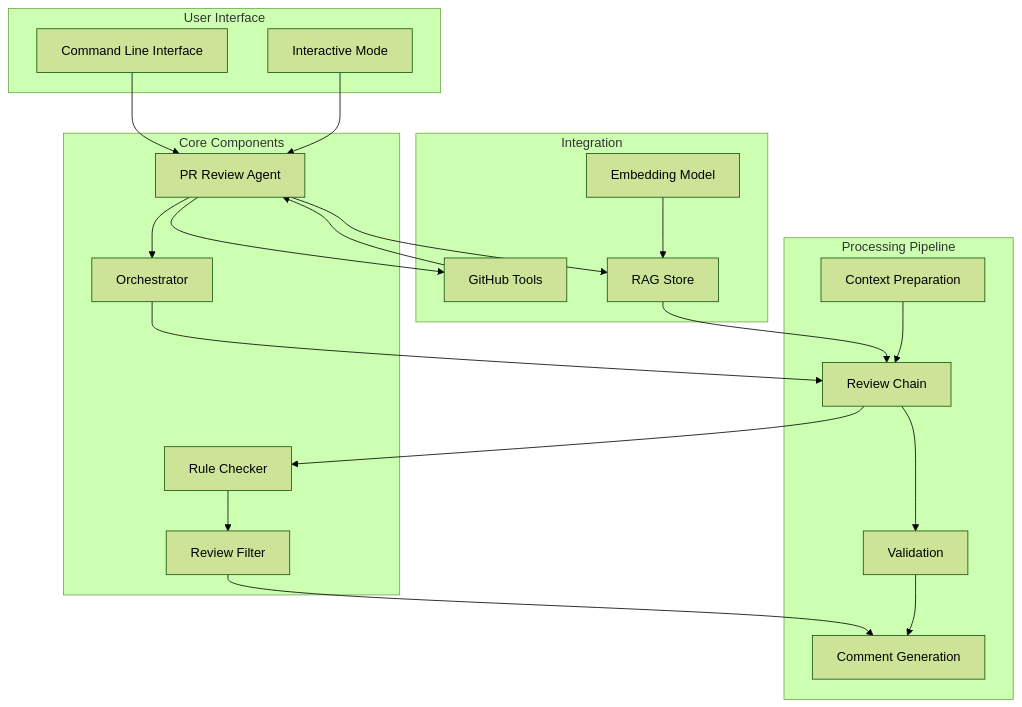
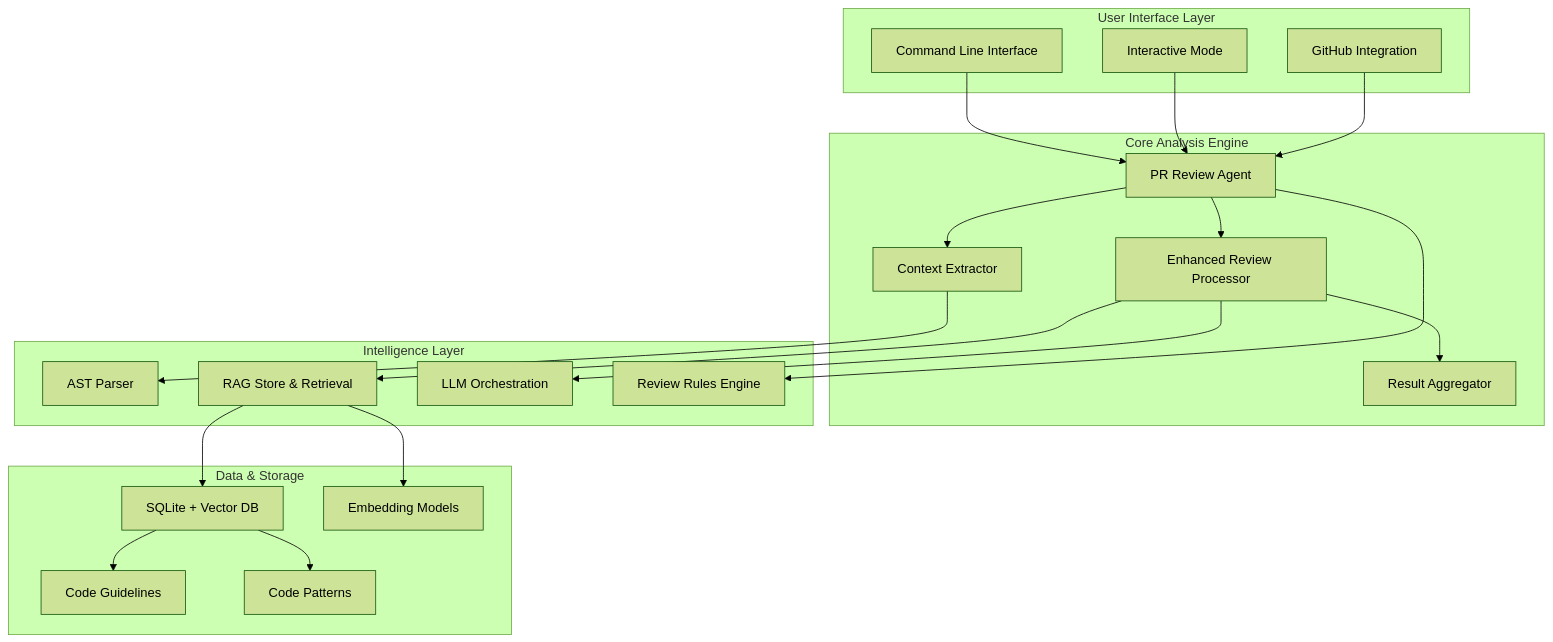
One commit to XiaoConstantine/maestro changed the diagram in README.md. Above: the diagram before and after it, drawn with Mermaid (forest theme). The commit also changed other lines of this file and 8 other files, not shown here.

````diff
--- a/README.md
+++ b/README.md
@@ -11,46 +8,47 @@
 ```mermaid
-graph TD
-    subgraph User Interface
+graph TB
+    subgraph "User Interface Layer"
         CLI[Command Line Interface]
-        Interactive[Interactive Mode]
+        Interactive[Interactive Mode] 
+        GitHub[GitHub Integration]
     end
 
-    subgraph Core Components
+    subgraph "Core Analysis Engine"
         Agent[PR Review Agent]
-        Orchestra[Orchestrator]
-        RuleChecker[Rule Checker]
-        ReviewFilter[Review Filter]
+        Context[Context Extractor]
+        Processor[Enhanced Review Processor]
+        Aggregator[Result Aggregator]
     end
 
-    subgraph Integration
-        GitHub[GitHub Tools]
-        RAG[RAG Store]
-        Embedding[Embedding Model]
+    subgraph "Intelligence Layer"
+        AST[AST Parser]
+        RAG[RAG Store & Retrieval]
+        LLM[LLM Orchestration]
+        Rules[Review Rules Engine]
     end
 
-    subgraph Processing Pipeline
-        Context[Context Preparation]
-        Chain[Review Chain]
-        Validation[Validation]
-        Generation[Comment Generation]
+    subgraph "Data & Storage"
+        Vector[SQLite + Vector DB]
+        Embedding[Embedding Models]
+        Guidelines[Code Guidelines]
+        Patterns[Code Patterns]
     end
 
     CLI --> Agent
     Interactive --> Agent
-    Agent --> Orchestra
-    Orchestra --> Chain
-    Chain --> RuleChecker
-    RuleChecker --> ReviewFilter
-    ReviewFilter --> Generation
-    
-    Agent --> GitHub
     GitHub --> Agent
     
-    Agent --> RAG
-    RAG --> Chain
-    Embedding --> RAG
+    Agent --> Context
+    Agent --> Processor
+    Processor --> Aggregator
     
-    Context --> Chain
-    Chain --> Validation
-    Validation --> Generation
+    Context --> AST
+    Processor --> RAG
+    Processor --> LLM
+    Agent --> Rules
+    
+    RAG --> Vector
+    RAG --> Embedding
+    Vector --> Guidelines
+    Vector --> Patterns
 ```
````
